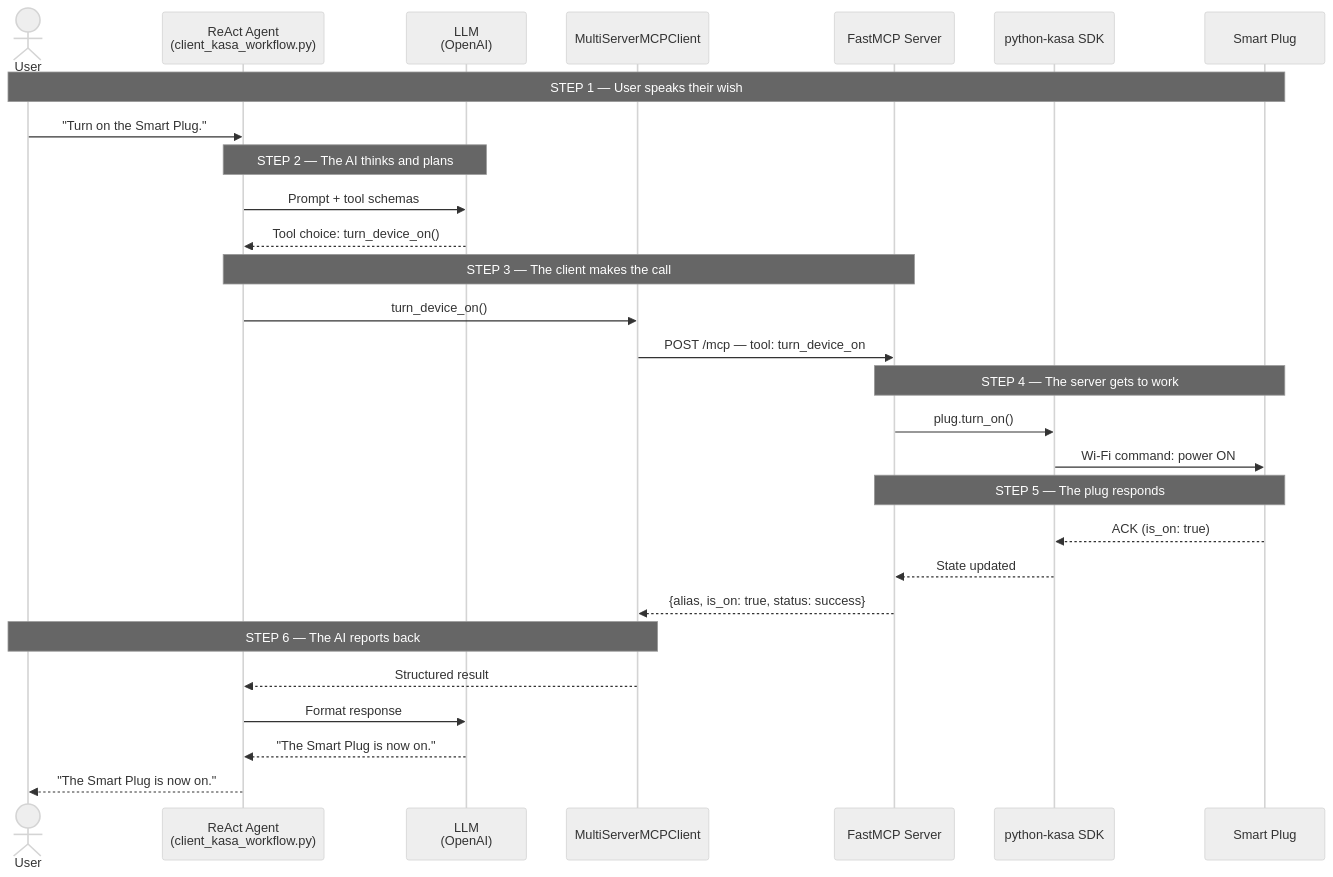
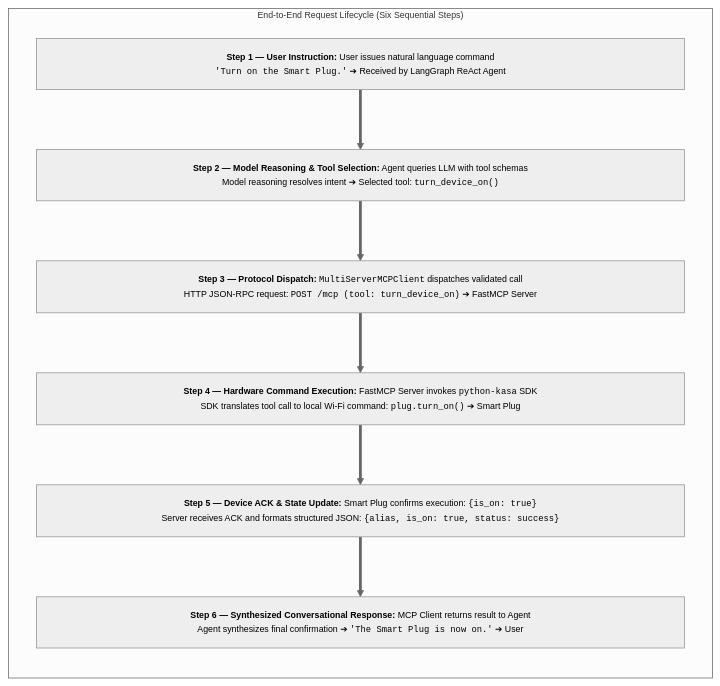
Before and after one commit to the-write-path-code/ch08-model-context-protocol: the seventh of 8 diagrams in workflow/workflow.md, drawn with Mermaid. The commit also changed other lines of this file, not shown here.

Commit message:
Update Diagram 8.3 and 8.4b to readable flowchart sequence layouts

````diff
--- a/workflow/workflow.md
+++ b/workflow/workflow.md
@@ -212,37 +210,21 @@
 ```mermaid
 %%{init: {"theme": "neutral", "themeVariables": {"fontFamily": "Arial, Helvetica, sans-serif", "fontSize": "11px", "actorFontSize": "11px", "noteFontSize": "10px", "messageFontSize": "10px"}}}%%
-sequenceDiagram
-    actor User
-    participant Agent as ReAct Agent<br/>(client_kasa_workflow.py)
-    participant LLM as LLM<br/>(OpenAI)
-    participant MCPClient as MultiServerMCPClient
-    participant MCPServer as FastMCP Server
-    participant Kasa as python-kasa SDK
-    participant Plug as Smart Plug
+flowchart TD
+    subgraph STACK ["End-to-End Request Lifecycle (Six Sequential Steps)"]
+        direction TB
 
-    Note over User,Plug: STEP 1 — User speaks their wish
-    User->>Agent: "Turn on the Smart Plug."
+        S1["<div style='min-width: 750px;'><b>Step 1 — User Instruction:</b> User issues natural language command<br/><code>'Turn on the Smart Plug.'</code> ➔ Received by LangGraph ReAct Agent</div>"]
 
-    Note over Agent,LLM: STEP 2 — The AI thinks and plans
-    Agent->>LLM: Prompt + tool schemas
-    LLM-->>Agent: Tool choice: turn_device_on()
+        S2["<div style='min-width: 750px;'><b>Step 2 — Model Reasoning & Tool Selection:</b> Agent queries LLM with tool schemas<br/>Model reasoning resolves intent ➔ Selected tool: <code>turn_device_on()</code></div>"]
 
-    Note over Agent,MCPServer: STEP 3 — The client makes the call
-    Agent->>MCPClient: turn_device_on()
-    MCPClient->>MCPServer: POST /mcp — tool: turn_device_on
+        S3["<div style='min-width: 750px;'><b>Step 3 — Protocol Dispatch:</b> <code>MultiServerMCPClient</code> dispatches validated call<br/>HTTP JSON-RPC request: <code>POST /mcp (tool: turn_device_on)</code> ➔ FastMCP Server</div>"]
 
-    Note over MCPServer,Plug: STEP 4 — The server gets to work
-    MCPServer->>Kasa: plug.turn_on()
-    Kasa->>Plug: Wi-Fi command: power ON
+        S4["<div style='min-width: 750px;'><b>Step 4 — Hardware Command Execution:</b> FastMCP Server invokes <code>python-kasa</code> SDK<br/>SDK translates tool call to local Wi-Fi command: <code>plug.turn_on()</code> ➔ Smart Plug</div>"]
 
-    Note over Plug,MCPServer: STEP 5 — The plug responds
-    Plug-->>Kasa: ACK (is_on: true)
-    Kasa-->>MCPServer: State updated
-    MCPServer-->>MCPClient: {alias, is_on: true, status: success}
+        S5["<div style='min-width: 750px;'><b>Step 5 — Device ACK & State Update:</b> Smart Plug confirms execution: <code>{is_on: true}</code><br/>Server receives ACK and formats structured JSON: <code>{alias, is_on: true, status: success}</code></div>"]
 
-    Note over MCPClient,User: STEP 6 — The AI reports back
-    MCPClient-->>Agent: Structured result
-    Agent->>LLM: Format response
-    LLM-->>Agent: "The Smart Plug is now on."
-    Agent-->>User: "The Smart Plug is now on."
+        S6["<div style='min-width: 750px;'><b>Step 6 — Synthesized Conversational Response:</b> MCP Client returns result to Agent<br/>Agent synthesizes final confirmation ➔ <code>'The Smart Plug is now on.'</code> ➔ User</div>"]
+
+        S1 ==> S2 ==> S3 ==> S4 ==> S5 ==> S6
+    end
 ```
````
